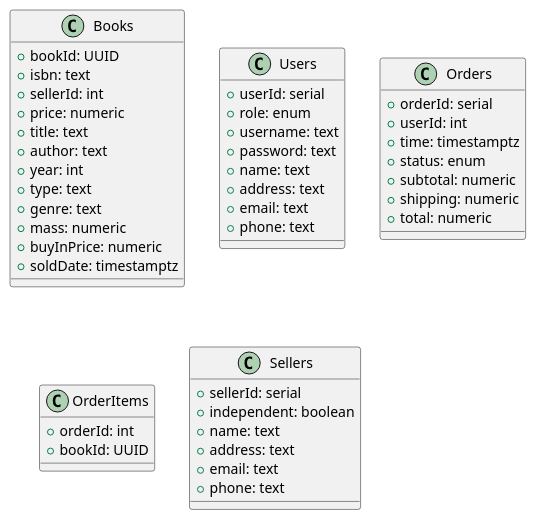
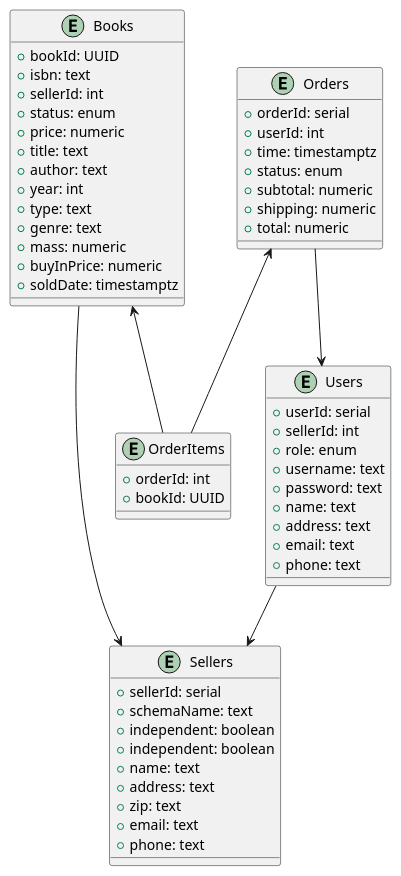
Before and after one commit to 3liasP/ArkkiDivari: the diagram in docs/project/diagrams/central.pu, drawn with PlantUML. The commit also changed 1 other file, not shown here.

Commit message:
docs: uml-diagrams for antiquarian

```diff
--- a/docs/project/diagrams/central.pu
+++ b/docs/project/diagrams/central.pu
@@ -1,47 +1,62 @@
 @startuml Central Antiquarian
-class Books {
+entity Books {
     + bookId: UUID /'primary key, globally unique'/
     + isbn: text /'unique for same edition of book'/
     + sellerId: int /'foreign key'/
+    + status: enum /'available, reserved, sold'/
     + price: numeric
     + title: text
     + author: text
     + year: int
     + type: text
     + genre: text
     + mass: numeric
     + buyInPrice: numeric
     + soldDate: timestamptz
 }
-class Users {
-    + userId: serial
-    + role: enum /'or linked to Roles table'/
+
+entity Users {
+    + userId: serial /'primary key'/
+    + sellerId: int /'foreign key'/
+    + role: enum /'admin, seller, customer'/
     + username: text /'unique'/
     + password: text /'hashed'/
     + name: text
     + address: text
     + email: text
     + phone: text
 }
-class Orders {
-    + orderId: serial
+
+entity Orders {
+    + orderId: serial /'primary key'/
     + userId: int
     + time: timestamptz
-    + status: enum
+    + status: enum /'pending, completed'/
     + subtotal: numeric
     + shipping: numeric
     + total: numeric
 }
-class OrderItems {
-    + orderId: int /'foreign key'/
-    + bookId: UUID /'foreign key'/
+
+entity OrderItems {
+    + orderId: int /'primary key, foreign key'/
+    + bookId: UUID /'primary key, foreign key'/
 }
-class Sellers {
+
+entity Sellers {
     + sellerId: serial
+    + schemaName: text
+    + independent: boolean
     + independent: boolean
     + name: text
     + address: text
+    + zip: text
     + email: text
     + phone: text
 }
+
+Books --> Sellers
+Orders --> Users
+Orders <-- OrderItems
+Users --> Sellers
+Books <-- OrderItems
 @enduml
```
